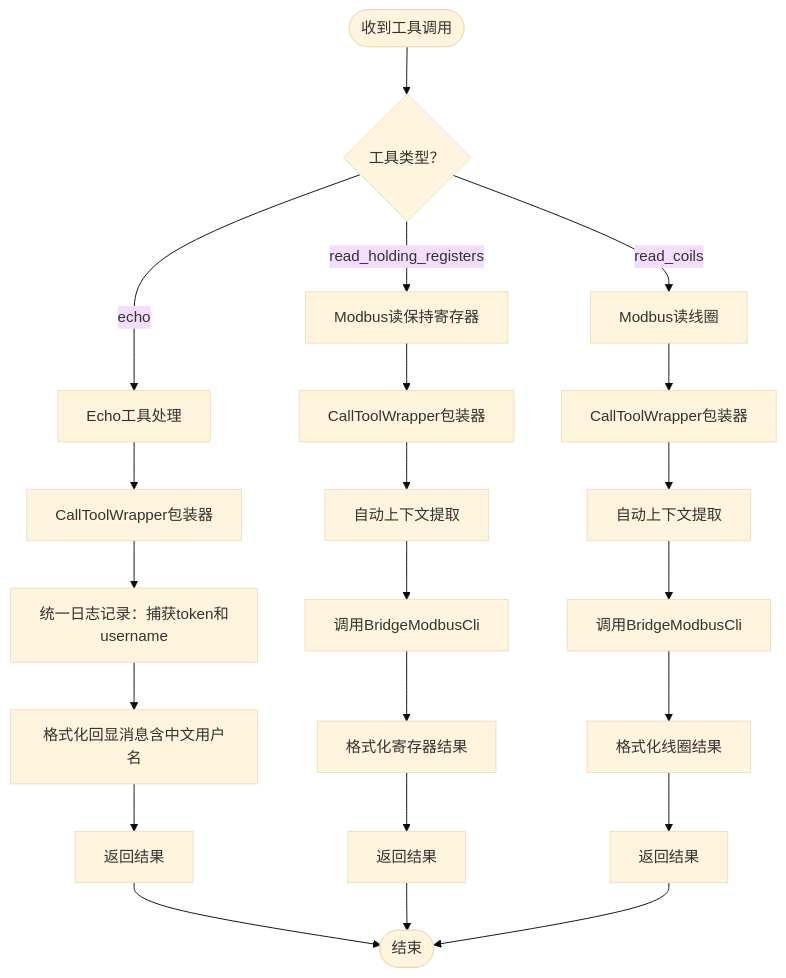
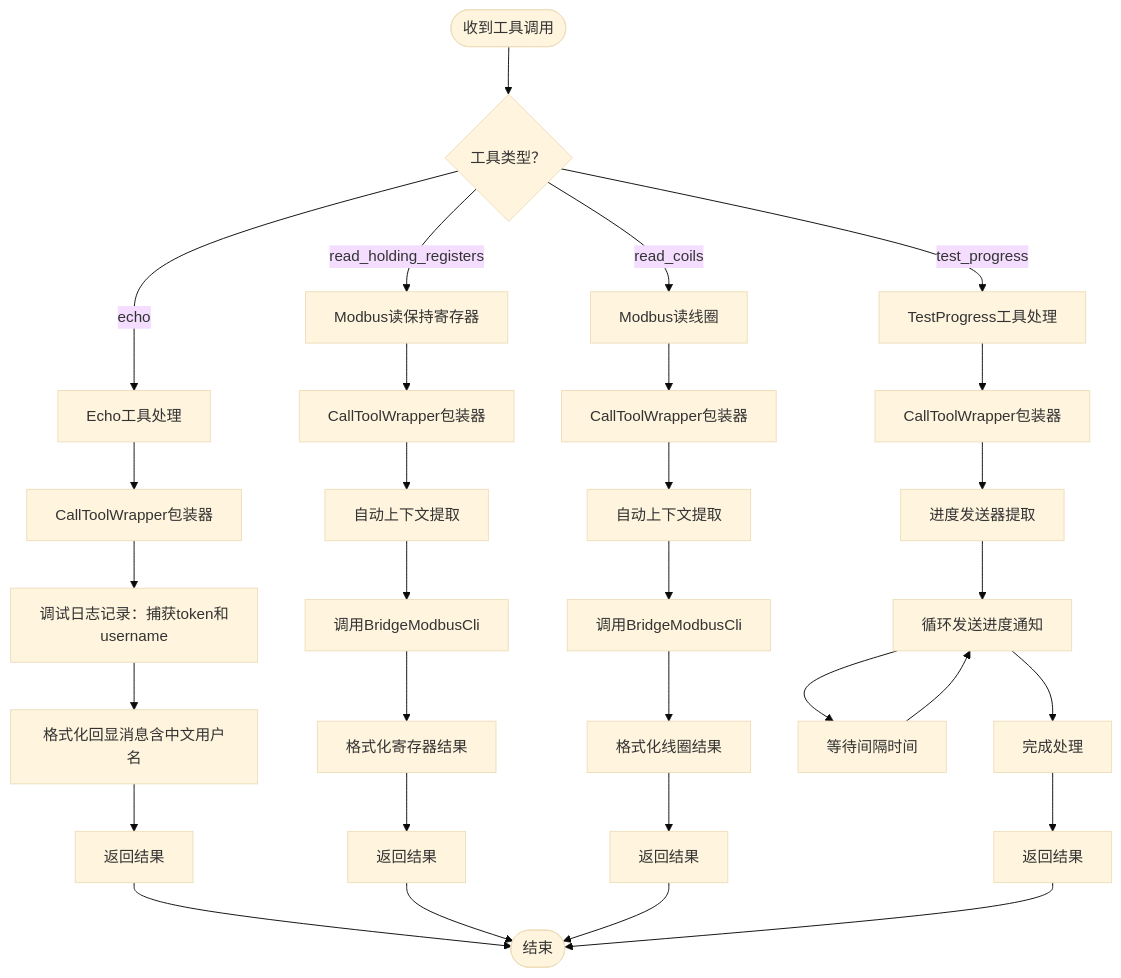
The third of 18 diagrams in .qoder/repowiki/zh/content/AI应用模块/MCP服务器.md (maomao94/zero-service), drawn with Mermaid (base theme) before and after one commit. The commit also changed other lines of this file and 42 other files, not shown here.

````diff
--- a/.qoder/repowiki/zh/content/AI应用模块/MCP服务器.md
+++ b/.qoder/repowiki/zh/content/AI应用模块/MCP服务器.md
@@ -238,24 +257,33 @@
 ```mermaid
 flowchart TD
 Start(["收到工具调用"]) --> Check{"工具类型？"}
 Check --> |echo| Echo["Echo工具处理"]
 Check --> |read_holding_registers| Modbus1["Modbus读保持寄存器"]
 Check --> |read_coils| Modbus2["Modbus读线圈"]
+Check --> |test_progress| TestProgress["TestProgress工具处理"]
 Echo --> Wrapper["CallToolWrapper包装器"]
-Wrapper --> LogEnhance["统一日志记录：捕获token和username"]
-LogEnhance --> Format1["格式化回显消息含中文用户名"]
+Wrapper --> DebugLog["调试日志记录：捕获token和username"]
+DebugLog --> Format1["格式化回显消息含中文用户名"]
 Format1 --> Return1["返回结果"]
 Modbus1 --> Wrapper2["CallToolWrapper包装器"]
 Wrapper2 --> Extract["自动上下文提取"]
 Extract --> Call1["调用BridgeModbusCli"]
 Call1 --> Format2["格式化寄存器结果"]
 Format2 --> Return2["返回结果"]
 Modbus2 --> Wrapper3["CallToolWrapper包装器"]
 Wrapper3 --> Extract2["自动上下文提取"]
 Extract2 --> Call2["调用BridgeModbusCli"]
 Call2 --> Format3["格式化线圈结果"]
 Format3 --> Return3["返回结果"]
+TestProgress --> Wrapper4["CallToolWrapper包装器"]
+Wrapper4 --> Progress["进度发送器提取"]
+Progress --> Loop["循环发送进度通知"]
+Loop --> Sleep["等待间隔时间"]
+Sleep --> Loop
+Loop --> Complete["完成处理"]
+Complete --> Return4["返回结果"]
 Return1 --> End(["结束"])
 Return2 --> End
 Return3 --> End
+Return4 --> End
 ```
````
